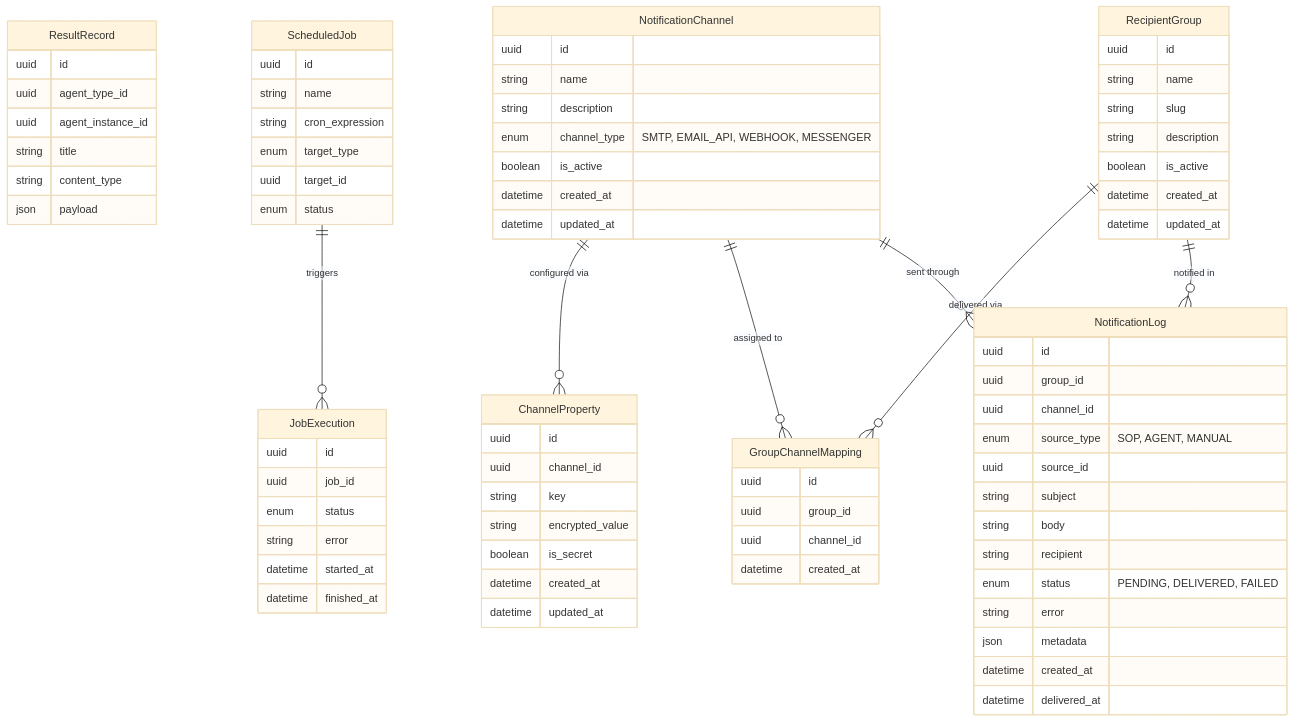
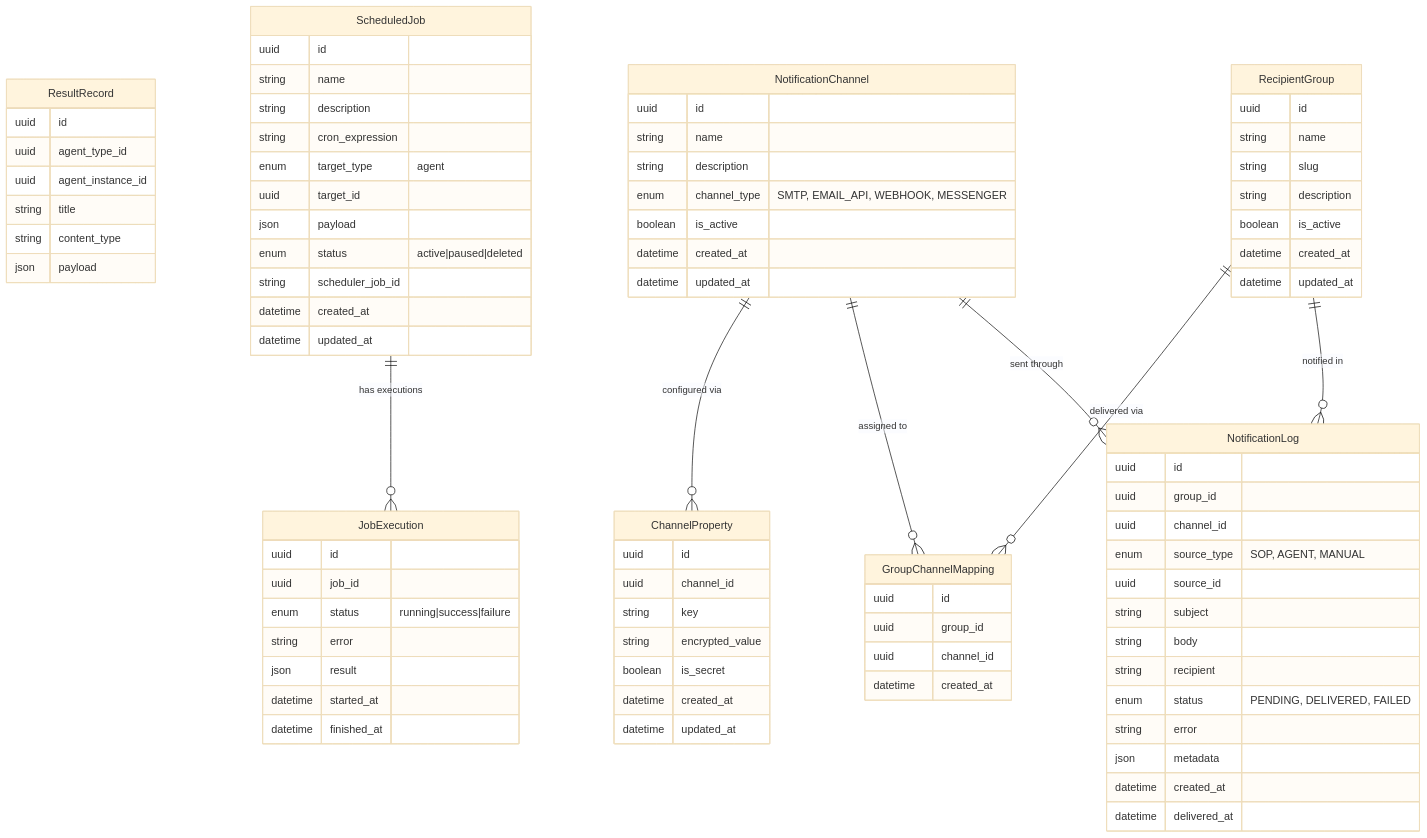
Before and after one commit to hurungang/parthenon: the eighth of 9 diagrams in docs/master/data-model/overview.md, drawn with Mermaid (base theme). The commit also changed other lines of this file and 150 other files, not shown here.

```diff
--- a/docs/master/data-model/overview.md
+++ b/docs/master/data-model/overview.md
@@ -607,16 +607,22 @@
     ScheduledJob {
         uuid id
         string name
+        string description
         string cron_expression
-        enum target_type
+        enum target_type "agent"
         uuid target_id
-        enum status
+        json payload
+        enum status "active|paused|deleted"
+        string scheduler_job_id
+        datetime created_at
+        datetime updated_at
     }
     JobExecution {
         uuid id
         uuid job_id
-        enum status
+        enum status "running|success|failure"
         string error
+        json result
         datetime started_at
         datetime finished_at
     }
@@ -669,7 +675,7 @@
         datetime delivered_at
     }
 
-    ScheduledJob ||--o{ JobExecution : "triggers"
+    ScheduledJob ||--o{ JobExecution : "has executions"
     NotificationChannel ||--o{ ChannelProperty : "configured via"
     NotificationChannel ||--o{ GroupChannelMapping : "assigned to"
     RecipientGroup ||--o{ GroupChannelMapping : "delivered via"
```
